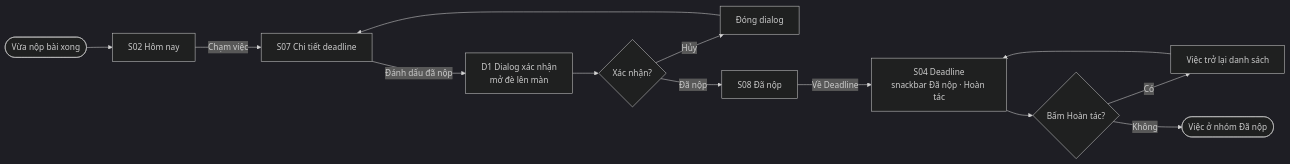
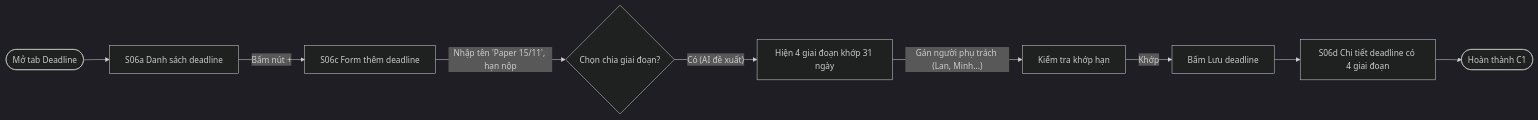
The second of 5 diagrams in ux/user-flow.md (FU-PRM-Projects/prm393-lab2-group9), drawn with Mermaid (dark theme) before and after one commit. The commit also changed other lines of this file and 1 other file, not shown here.

Commit message:
docs(ux): update persona to 4 personas and align user flows with upstream figma

````diff
--- a/ux/user-flow.md
+++ b/ux/user-flow.md
@@ -122,15 +139,11 @@
 ```mermaid
 flowchart LR
-  A([Vừa nộp bài xong]) --> B["S02 Hôm nay"]
-  B -- Chạm việc --> C["S07 Chi tiết deadline"]
-  C -- Đánh dấu đã nộp --> D["D1 Dialog xác nhận<br/>mở đè lên màn"]
-  D --> E{"Xác nhận?"}
-  E -- Hủy --> F["Đóng dialog"]
-  F --> C
-  E -- Đã nộp --> G["S08 Đã nộp"]
-  G -- Về Deadline --> H["S04 Deadline<br/>snackbar Đã nộp · Hoàn tác"]
-  H --> I{"Bấm Hoàn tác?"}
-  I -- Có --> J["Việc trở lại danh sách"]
-  J --> H
-  I -- Không --> K([Việc ở nhóm Đã nộp])
+  A([Mở tab Deadline]) --> B["S06a Danh sách deadline"]
+  B -- Bấm nút + --> C["S06c Form thêm deadline"]
+  C -- Nhập tên 'Paper 15/11', hạn nộp --> D{"Chọn chia giai đoạn?"}
+  D -- Có (AI đề xuất) --> E["Hiện 4 giai đoạn khớp 31 ngày"]
+  E -- Gán người phụ trách (Lan, Minh...) --> F["Kiểm tra khớp hạn"]
+  F -- Khớp --> G["Bấm Lưu deadline"]
+  G --> H["S06d Chi tiết deadline có 4 giai đoạn"]
+  H --> I([Hoàn thành C1])
 ```
````
